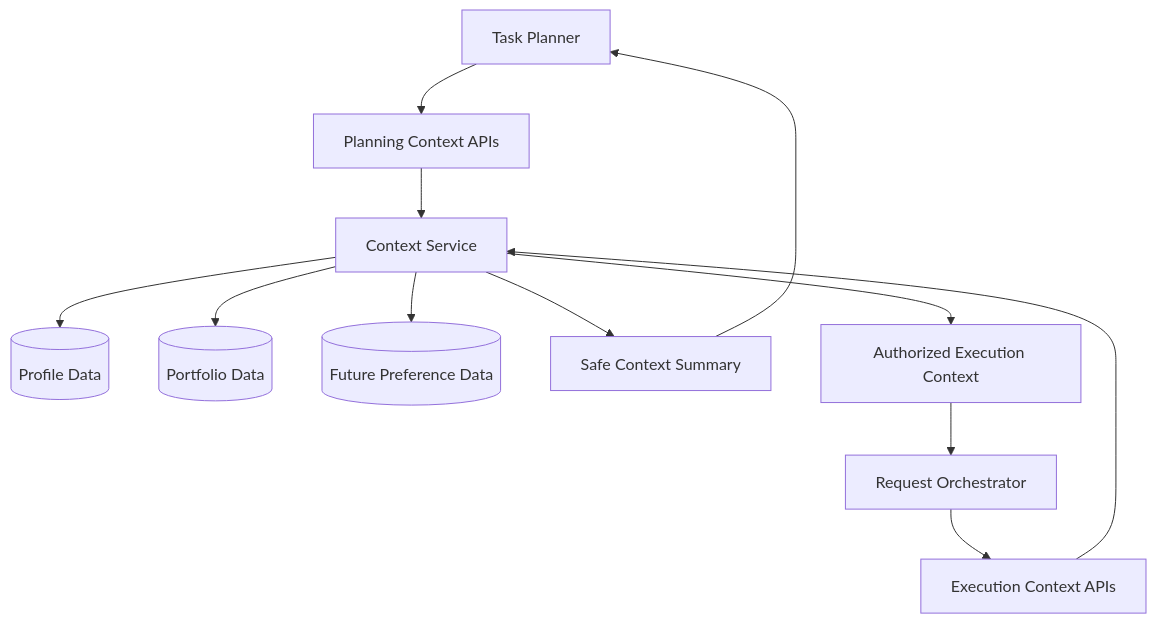
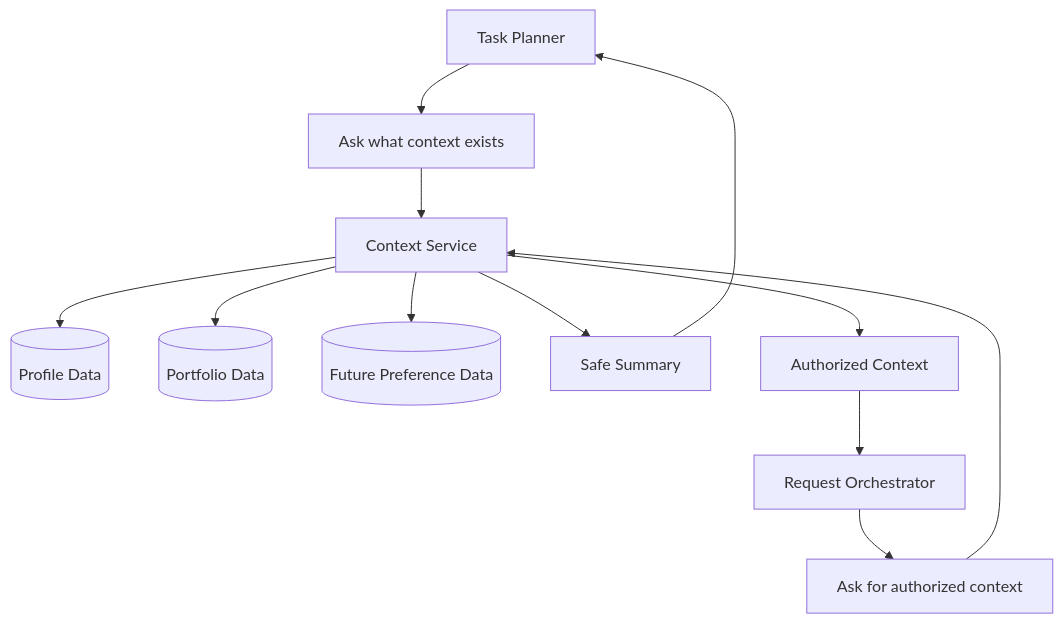
Before and after one commit to akashnits/ted-monorepo: the diagram in docs/tasks/04-context-service.md, drawn with Mermaid. The commit also changed other lines of this file and 1 other file, not shown here.

Commit message:
Clarify planner and context flow

````diff
--- a/docs/tasks/04-context-service.md
+++ b/docs/tasks/04-context-service.md
@@ -21,14 +21,14 @@
 ```mermaid
 flowchart TD
-    Planner[Task Planner] --> PlanningAPI[Planning Context APIs]
-    Orchestrator[Request Orchestrator] --> ExecutionAPI[Execution Context APIs]
-    PlanningAPI --> ContextService[Context Service]
-    ExecutionAPI --> ContextService
+    Planner[Task Planner] --> SummaryRequest[Ask what context exists]
+    Orchestrator[Request Orchestrator] --> ExecutionRequest[Ask for authorized context]
+    SummaryRequest --> ContextService[Context Service]
+    ExecutionRequest --> ContextService
     ContextService --> Profile[(Profile Data)]
     ContextService --> Portfolio[(Portfolio Data)]
     ContextService --> FuturePrefs[(Future Preference Data)]
-    ContextService --> PlanningSummary[Safe Context Summary]
-    ContextService --> AuthorizedContext[Authorized Execution Context]
-    PlanningSummary --> Planner
-    AuthorizedContext --> Orchestrator
+    ContextService --> Summary[Safe Summary]
+    ContextService --> Authorized[Authorized Context]
+    Summary --> Planner
+    Authorized --> Orchestrator
 ```
````
